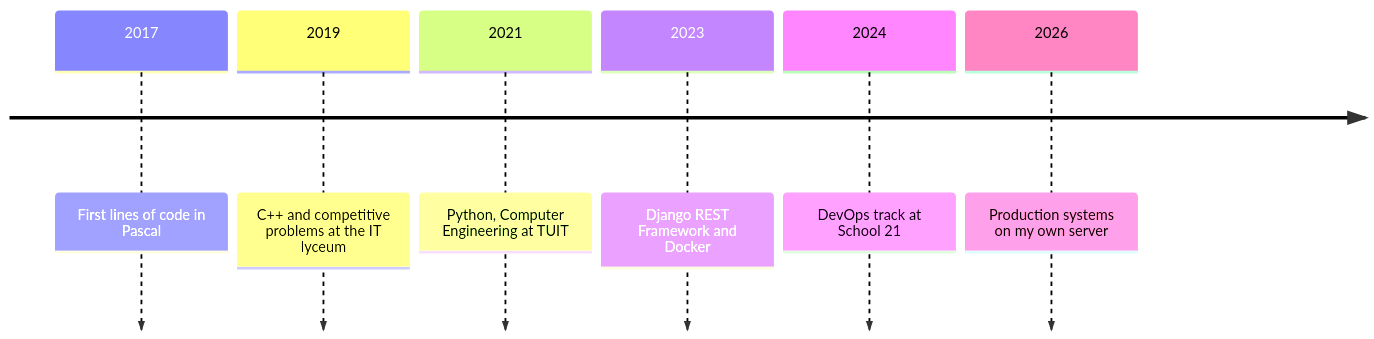
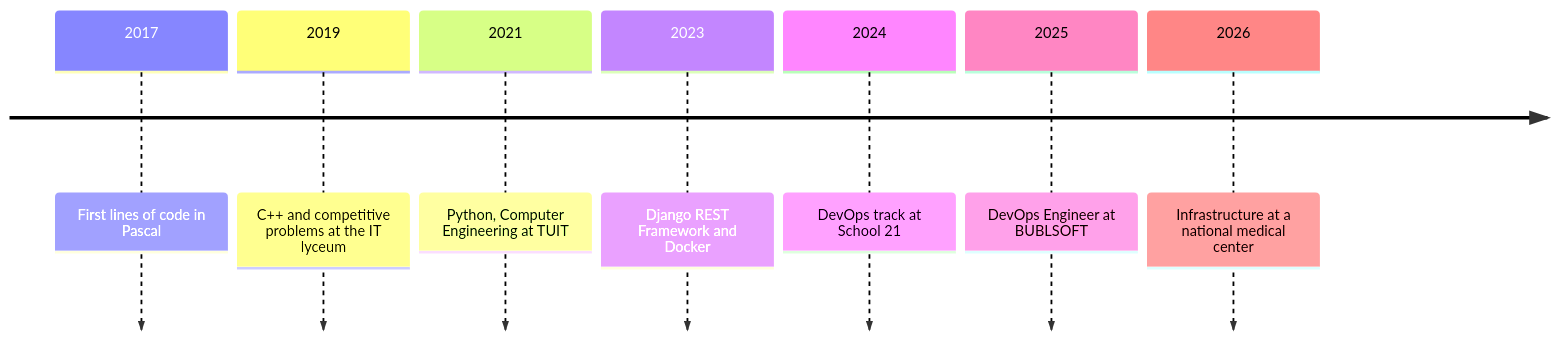
The first of 2 diagrams in README.md (KarimovProject/KarimovProject), drawn with Mermaid before and after one commit. The commit also changed other lines of this file, not shown here.

````diff
--- a/README.md
+++ b/README.md
@@ -25,9 +34,10 @@
 ```mermaid
 timeline
     2017 : First lines of code in Pascal
     2019 : C++ and competitive problems at the IT lyceum
     2021 : Python, Computer Engineering at TUIT
     2023 : Django REST Framework and Docker
     2024 : DevOps track at School 21
-    2026 : Production systems on my own server
+    2025 : DevOps Engineer at BUBLSOFT
+    2026 : Infrastructure at a national medical center
 ```
````
